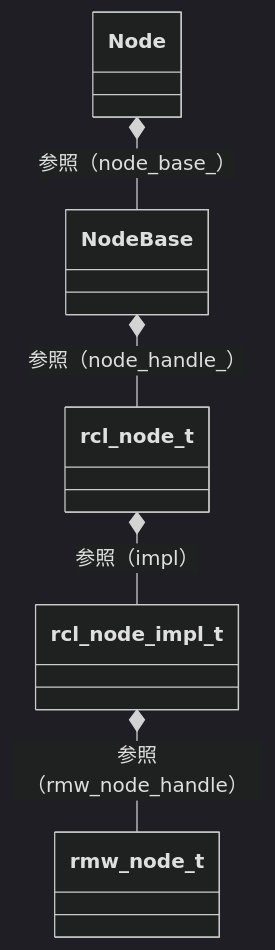
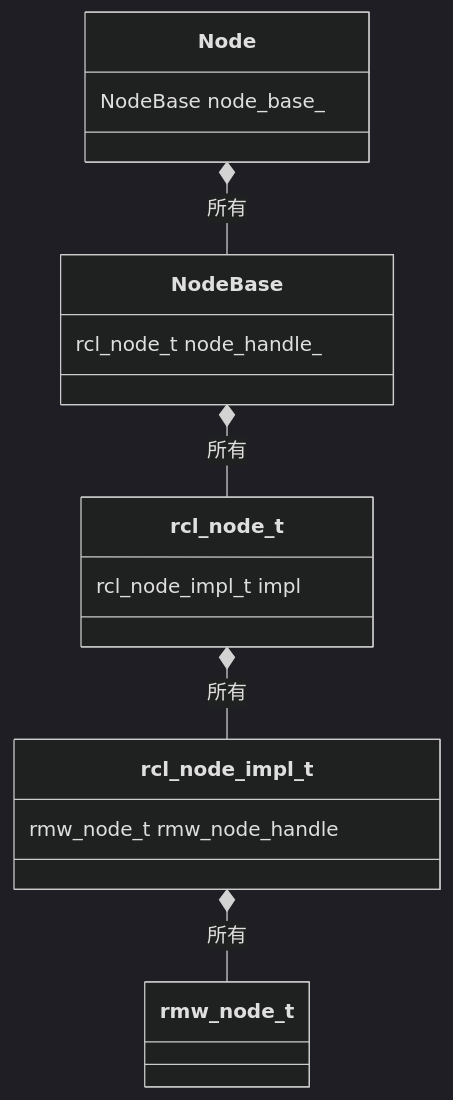
The diagram in articles/ros2_node1_basic.md (uedake/zenn), drawn with Mermaid (dark theme) before and after one commit. The commit also changed other lines of this file and 6 other files, not shown here.

````diff
--- a/articles/ros2_node1_basic.md
+++ b/articles/ros2_node1_basic.md
@@ -512,17 +521,21 @@
 ```mermaid
 classDiagram
-    Node *-- NodeBase : 参照（node_base_）
-    NodeBase *-- rcl_node_t : 参照（node_handle_）
-    rcl_node_t *-- rcl_node_impl_t : 参照（impl）
-    rcl_node_impl_t *-- rmw_node_t : 参照（rmw_node_handle）
+    Node *-- NodeBase : 所有
+    NodeBase *-- rcl_node_t : 所有
+    rcl_node_t *-- rcl_node_impl_t : 所有
+    rcl_node_impl_t *-- rmw_node_t : 所有
     class Node{
+      NodeBase node_base_
     }
     class NodeBase{
+      rcl_node_t node_handle_
     }
     class rcl_node_t{
+      rcl_node_impl_t impl
     }
     class rcl_node_impl_t{
+      rmw_node_t rmw_node_handle
     }
     class rmw_node_t{
     }
 ```
````
